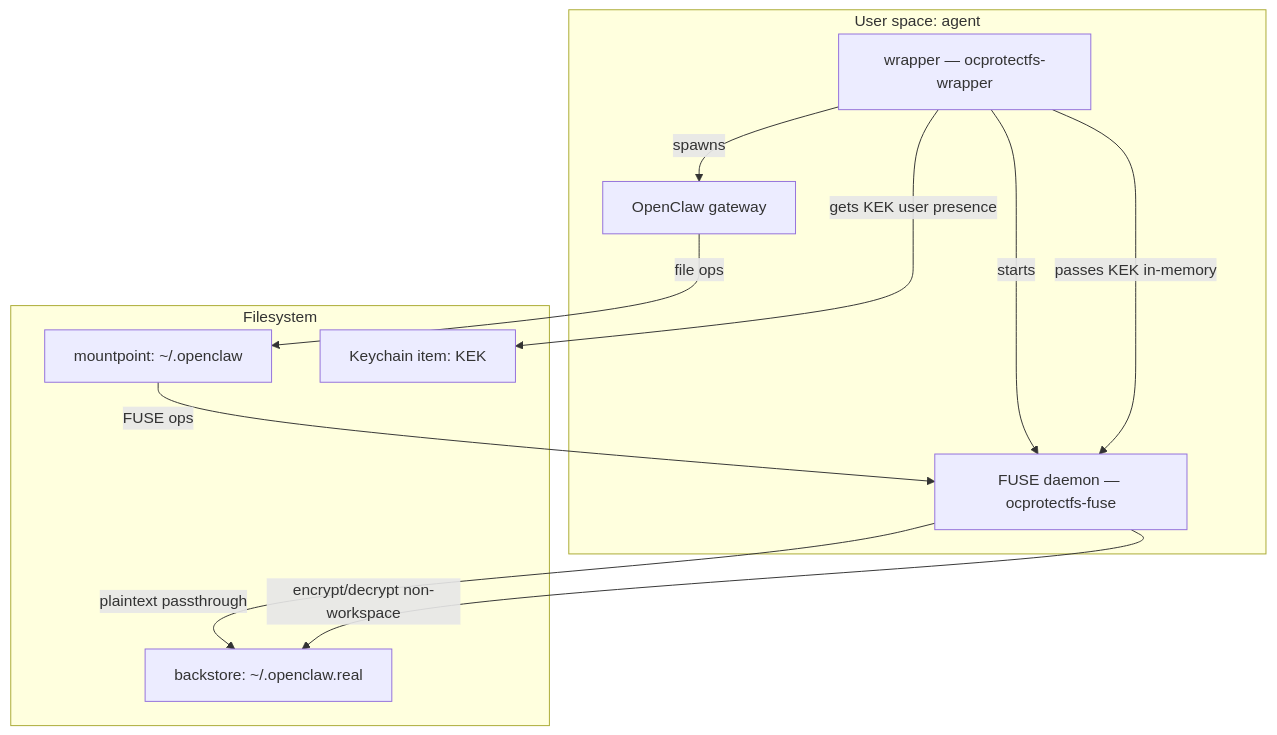
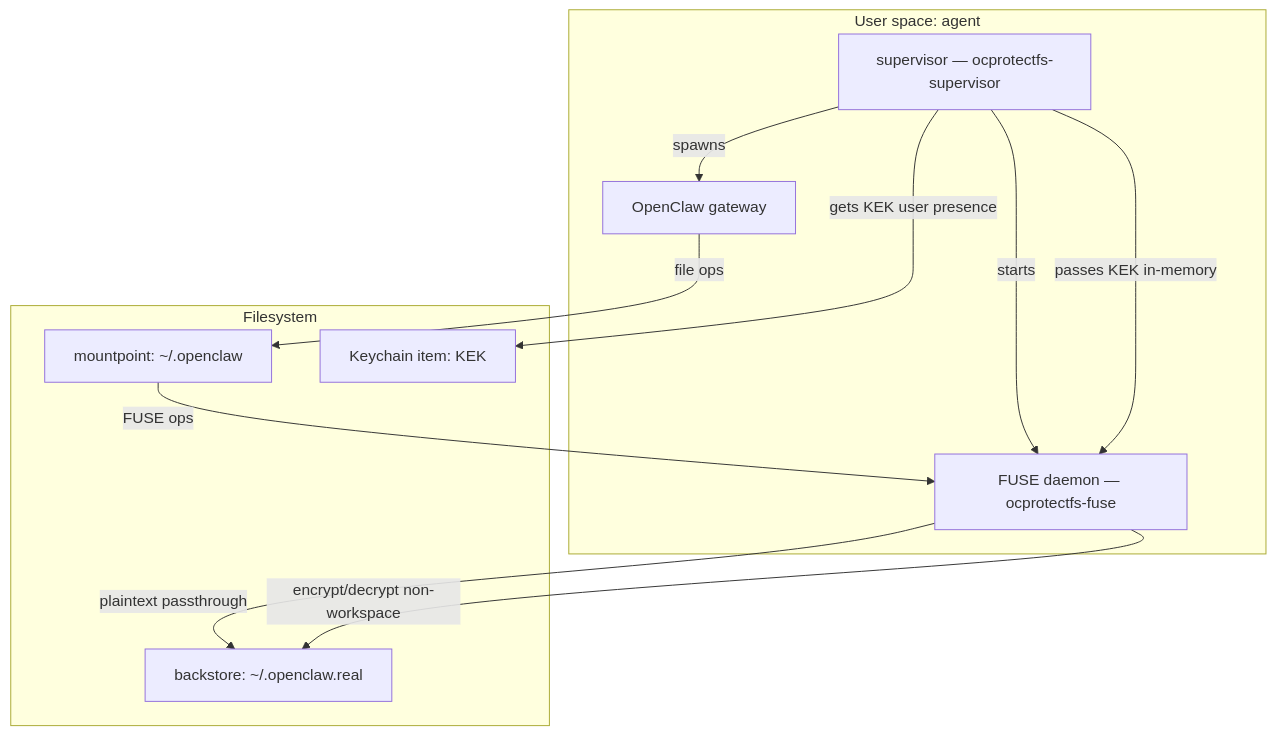
One commit to Martin-Tech-Labs/openclaw-protectfs changed the first of 2 diagrams in README.md. Above: the diagram before and after it, drawn with Mermaid. The commit also changed other lines of this file and 4 other files, not shown here.

Commit message:
docs: rename wrapper component to supervisor

````diff
--- a/README.md
+++ b/README.md
@@ -147,24 +147,24 @@
 ```mermaid
 flowchart TB
   subgraph UserSpace[User space: agent]
-    W[wrapper — ocprotectfs-wrapper]
+    W[supervisor — ocprotectfs-supervisor]
     F[FUSE daemon — ocprotectfs-fuse]
     G[OpenClaw gateway]
   end
 
   subgraph FS[Filesystem]
     M[mountpoint: ~/.openclaw]
     B[backstore: ~/.openclaw.real]
     K[Keychain item: KEK]
   end
 
   W -->|starts| F
   W -->|spawns| G
   W -->|gets KEK user presence| K
   W -->|passes KEK in-memory| F
 
   G -->|file ops| M
   M -->|FUSE ops| F
   F -->|plaintext passthrough| B
   F -->|encrypt/decrypt non-workspace| B
 ```
````
